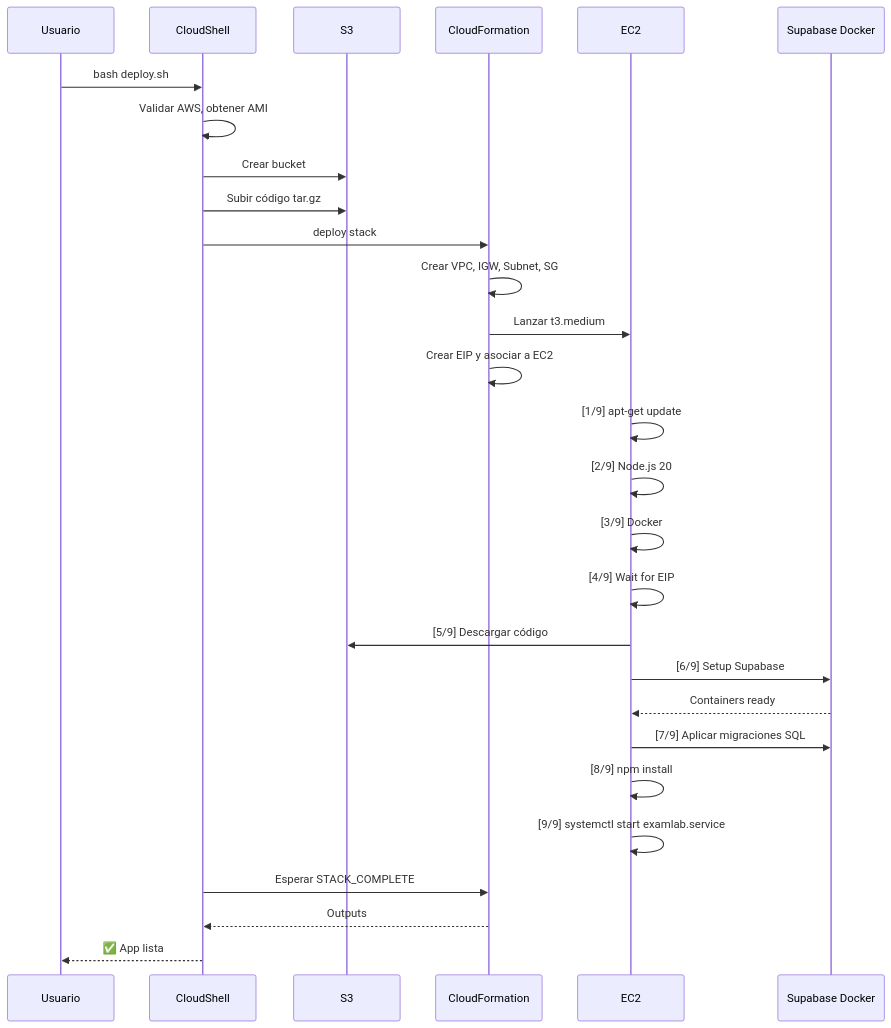
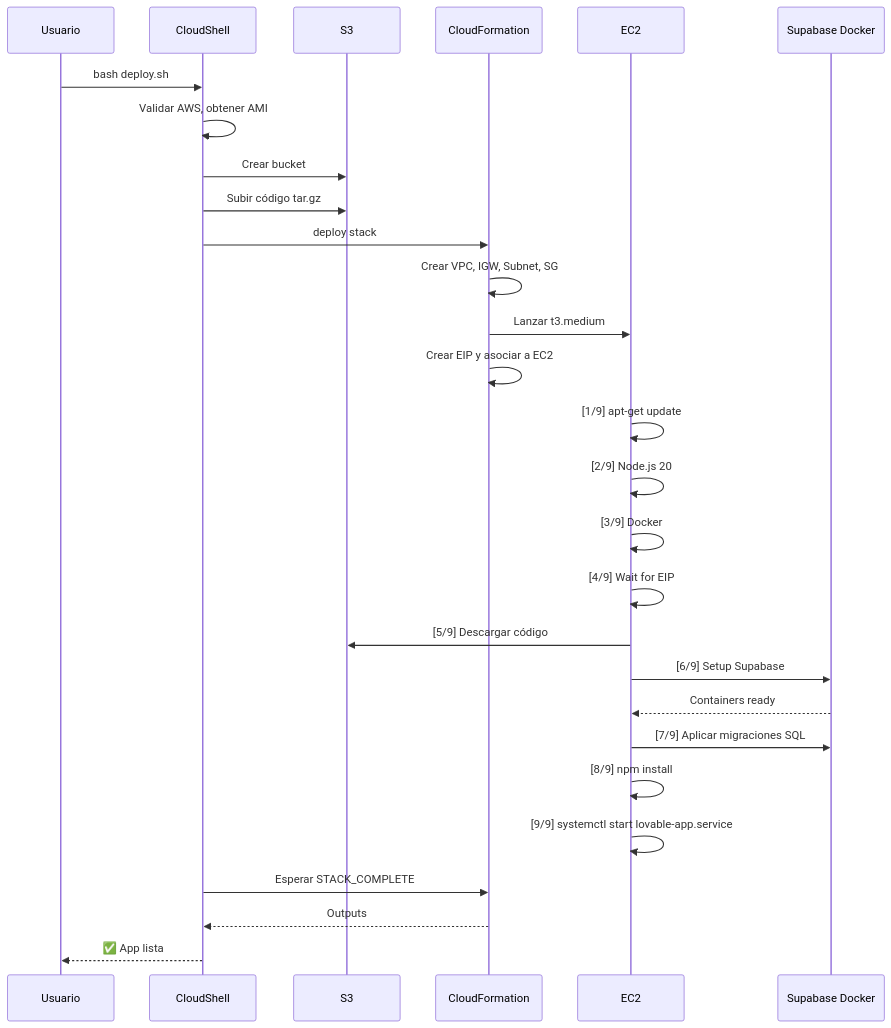
The second of 2 diagrams in lovable-aws-deployment/docs/ARCHITECTURE.md (AndresDFX/examlab), drawn with Mermaid before and after one commit. The commit also changed other lines of this file and 12 other files, not shown here.

````diff
--- a/lovable-aws-deployment/docs/ARCHITECTURE.md
+++ b/lovable-aws-deployment/docs/ARCHITECTURE.md
@@ -162,34 +162,34 @@
 ```mermaid
 sequenceDiagram
     participant U as Usuario
     participant CS as CloudShell
     participant S3 as S3
     participant CF as CloudFormation
     participant EC2 as EC2
     participant SB as Supabase Docker
 
     U->>CS: bash deploy.sh
     CS->>CS: Validar AWS, obtener AMI
     CS->>S3: Crear bucket
     CS->>S3: Subir código tar.gz
     CS->>CF: deploy stack
 
     CF->>CF: Crear VPC, IGW, Subnet, SG
     CF->>EC2: Lanzar t3.medium
     CF->>CF: Crear EIP y asociar a EC2
 
     EC2->>EC2: [1/9] apt-get update
     EC2->>EC2: [2/9] Node.js 20
     EC2->>EC2: [3/9] Docker
     EC2->>EC2: [4/9] Wait for EIP
     EC2->>S3: [5/9] Descargar código
     EC2->>SB: [6/9] Setup Supabase
     SB-->>EC2: Containers ready
     EC2->>SB: [7/9] Aplicar migraciones SQL
     EC2->>EC2: [8/9] npm install
-    EC2->>EC2: [9/9] systemctl start examlab.service
+    EC2->>EC2: [9/9] systemctl start lovable-app.service
 
     CS->>CF: Esperar STACK_COMPLETE
     CF-->>CS: Outputs
     CS-->>U: ✅ App lista
 ```
````
